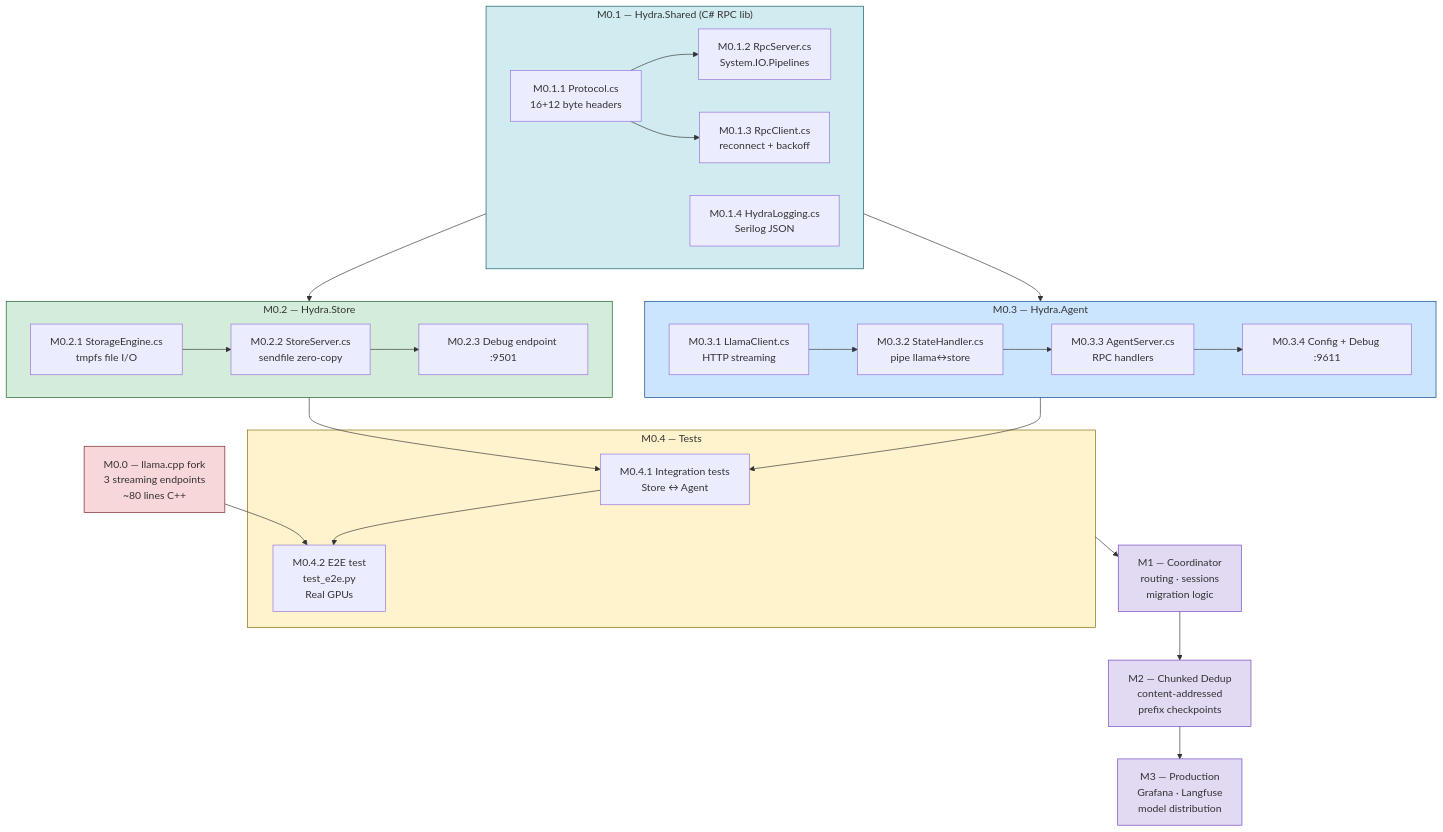
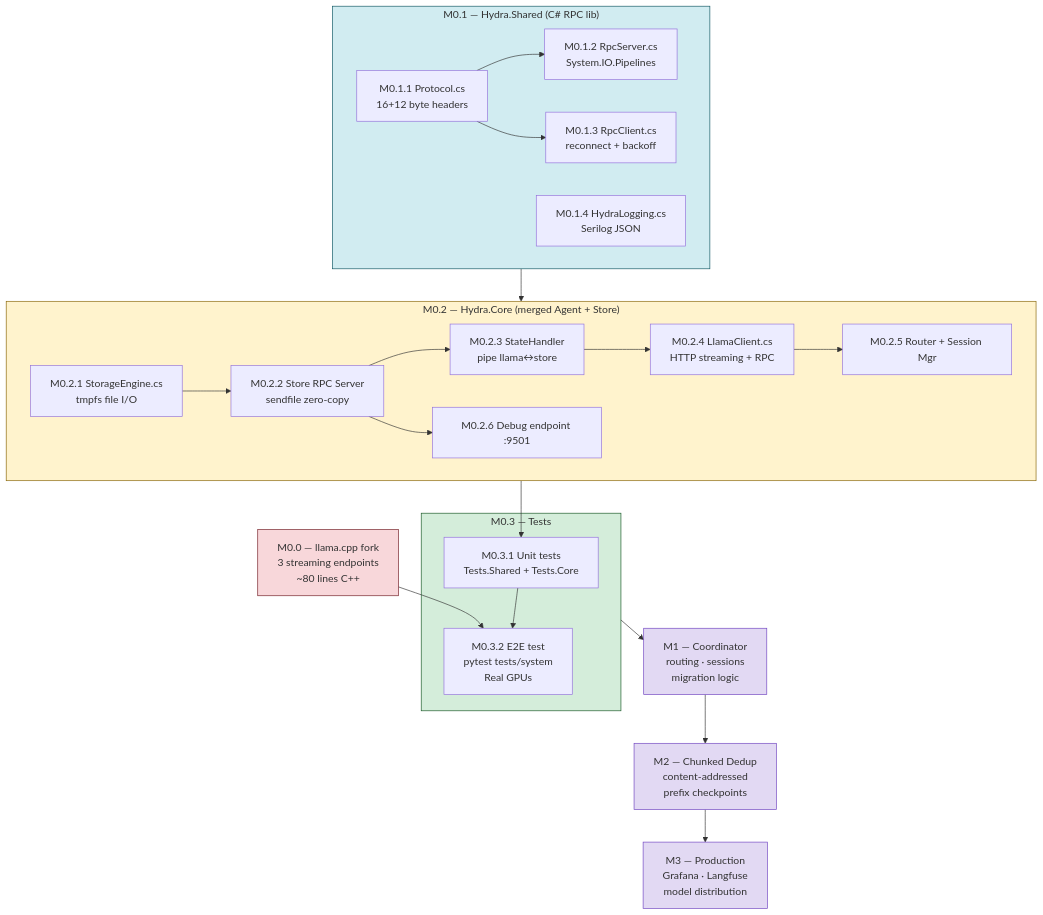
Before and after one commit to ddvnguyen/hydra_vortex: the eighth of 14 diagrams in docs/diagrams.md, drawn with Mermaid. The commit also changed other lines of this file and 30 other files, not shown here.

First line of the commit message:
docs: update all docs to reflect Agent→Core merge (PR #203)

````diff
--- a/docs/diagrams.md
+++ b/docs/diagrams.md
@@ -253,57 +213,51 @@
 ```mermaid
 graph TD
     M00["M0.0 — llama.cpp fork\n3 streaming endpoints\n~80 lines C++"]
 
     subgraph M01["M0.1 — Hydra.Shared (C# RPC lib)"]
         M011["M0.1.1 Protocol.cs\n16+12 byte headers"]
         M012["M0.1.2 RpcServer.cs\nSystem.IO.Pipelines"]
         M013["M0.1.3 RpcClient.cs\nreconnect + backoff"]
         M014["M0.1.4 HydraLogging.cs\nSerilog JSON"]
         M011 --> M012
         M011 --> M013
     end
 
-    subgraph M02["M0.2 — Hydra.Store"]
+    subgraph M02["M0.2 — Hydra.Core (merged Agent + Store)"]
         M021["M0.2.1 StorageEngine.cs\ntmpfs file I/O"]
-        M022["M0.2.2 StoreServer.cs\nsendfile zero-copy"]
-        M023["M0.2.3 Debug endpoint :9501"]
-        M021 --> M022 --> M023
+        M022["M0.2.2 Store RPC Server\nsendfile zero-copy"]
+        M023["M0.2.3 StateHandler\npipe llama↔store"]
+        M024["M0.2.4 LlamaClient.cs\nHTTP streaming + RPC"]
+        M025["M0.2.5 Router + Session Mgr"]
+        M026["M0.2.6 Debug endpoint :9501"]
+        M021 --> M022 --> M023 --> M024
+        M024 --> M025
+        M022 --> M026
     end
 
-    subgraph M03["M0.3 — Hydra.Agent"]
-        M031["M0.3.1 LlamaClient.cs\nHTTP streaming"]
-        M032["M0.3.2 StateHandler.cs\npipe llama↔store"]
-        M033["M0.3.3 AgentServer.cs\nRPC handlers"]
-        M034["M0.3.4 Config + Debug :9611"]
-        M031 --> M032 --> M033 --> M034
+    subgraph M03["M0.3 — Tests"]
+        M031["M0.3.1 Unit tests\nTests.Shared + Tests.Core"]
+        M032["M0.3.2 E2E test\npytest tests/system\nReal GPUs"]
     end
 
-    subgraph M04["M0.4 — Tests"]
-        M041["M0.4.1 Integration tests\nStore ↔ Agent"]
-        M042["M0.4.2 E2E test\ntest_e2e.py\nReal GPUs"]
-    end
-
-    M00 --> M042
+    M00 --> M032
     M01 --> M02
-    M01 --> M03
-    M02 --> M041
-    M03 --> M041
-    M041 --> M042
+    M02 --> M031
+    M031 --> M032
 
     M1["M1 — Coordinator\nrouting · sessions\nmigration logic"]
     M2["M2 — Chunked Dedup\ncontent-addressed\nprefix checkpoints"]
     M3["M3 — Production\nGrafana · Langfuse\nmodel distribution"]
 
-    M04 --> M1
+    M03 --> M1
     M1 --> M2
     M2 --> M3
 
     style M00 fill:#f8d7da,stroke:#721c24
     style M01 fill:#d1ecf1,stroke:#0c5460
-    style M02 fill:#d4edda,stroke:#155724
-    style M03 fill:#cce5ff,stroke:#004085
-    style M04 fill:#fff3cd,stroke:#856404
+    style M02 fill:#fff3cd,stroke:#856404
+    style M03 fill:#d4edda,stroke:#155724
     style M1 fill:#e2d9f3,stroke:#6f42c1
     style M2 fill:#e2d9f3,stroke:#6f42c1
     style M3 fill:#e2d9f3,stroke:#6f42c1
 ```
````
